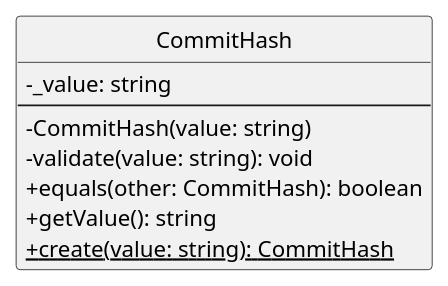
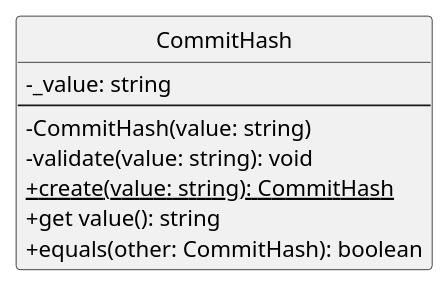
The diagram in assets/st_diagrams/code/plantuml/analysis/domain/valueObjects/commitHash.vo.plantuml (SkarabGroup/DocumentazioneProgetto), drawn with PlantUML before and after one commit. The commit also changed 88 other files, not shown here.

```diff
--- a/assets/st_diagrams/code/plantuml/analysis/domain/valueObjects/commitHash.vo.plantuml
+++ b/assets/st_diagrams/code/plantuml/analysis/domain/valueObjects/commitHash.vo.plantuml
@@ -1,20 +1,18 @@
 @startuml CommitHash
-
 skinparam componentStyle uml2.5
 skinparam linetype ortho
-skinparam nodesep auto
-skinparam ranksep 70
+skinparam nodesep 30
+skinparam ranksep 30
 skinparam ClassAttributeIconSize 0
 hide circles
 
 class CommitHash {
     - _value: string
     ---
     - CommitHash(value: string)
     - validate(value: string): void
+    + {static} create(value: string): CommitHash
+    + get value(): string
     + equals(other: CommitHash): boolean
-    + getValue(): string
-    + {static} create(value: string): CommitHash
 }
-
 @enduml
```
